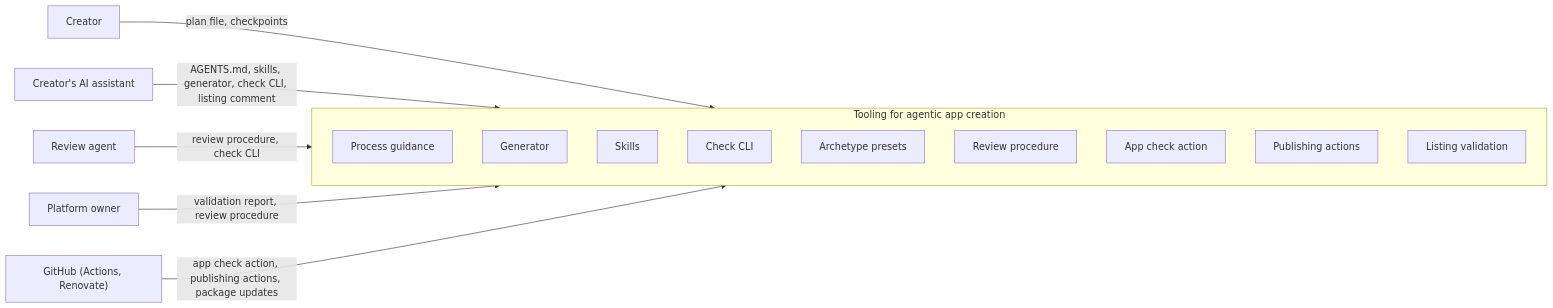
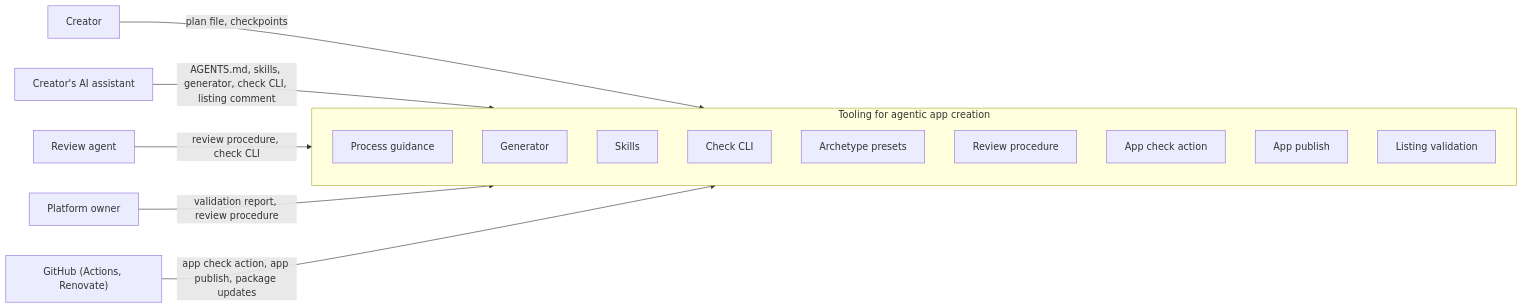
Before and after one commit to lernapps/tooling: the diagram in docs/arc42/03-system-context.arc42.md, drawn with Mermaid. The commit also changed other lines of this file and 19 other files, not shown here.

First line of the commit message:
feat(app-publish): publish an app to its repo's GitHub Pages, checking the setup

````diff
--- a/docs/arc42/03-system-context.arc42.md
+++ b/docs/arc42/03-system-context.arc42.md
@@ -22,24 +22,24 @@
 ```mermaid
 flowchart LR
     actor-creator["Creator"]
     actor-assistant["Creator's AI assistant"]
     actor-owner["Platform owner"]
     actor-review-agent["Review agent"]
     actor-github["GitHub (Actions, Renovate)"]
     subgraph tooling["Tooling for agentic app creation"]
         bb-process-guidance["Process guidance"]
         bb-generator["Generator"]
         bb-skills["Skills"]
         bb-check-cli["Check CLI"]
         bb-archetypes["Archetype presets"]
         bb-review-procedure["Review procedure"]
         bb-app-check-action["App check action"]
-        bb-publishing-actions["Publishing actions"]
+        bb-app-publish["App publish"]
         bb-listing-validation["Listing validation"]
     end
     actor-creator -->|"plan file, checkpoints"| tooling
     actor-assistant -->|"AGENTS.md, skills, generator, check CLI, listing comment"| tooling
     actor-review-agent -->|"review procedure, check CLI"| tooling
     actor-owner -->|"validation report, review procedure"| tooling
-    actor-github -->|"app check action, publishing actions, package updates"| tooling
+    actor-github -->|"app check action, app publish, package updates"| tooling
 ```
````
